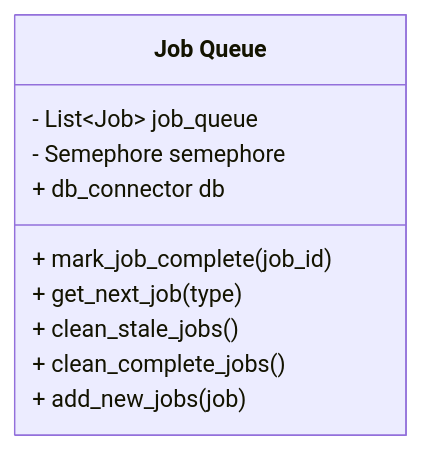
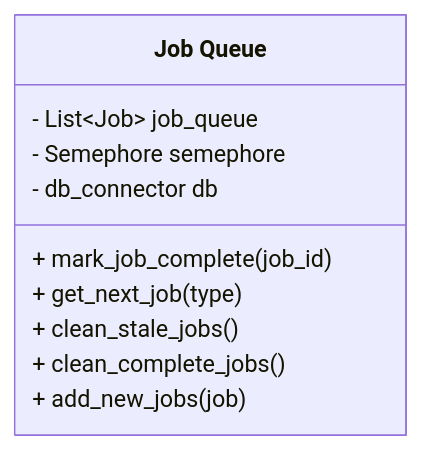
One commit to Uiowa-Applied-Topology/web_API changed the first of 6 diagrams in docs/unit_description/internal/job_queue.md. Above: the diagram before and after it, drawn with Mermaid. The commit also changed 13 other files, not shown here.

````diff
--- a/docs/unit_description/internal/job_queue.md
+++ b/docs/unit_description/internal/job_queue.md
@@ -11,15 +11,15 @@
 ```mermaid
 
 classDiagram
 
     class jq["Job Queue"]{
         - List~Job~ job_queue
         - Semephore semephore
-        + db_connector db
+        - db_connector db
         + mark_job_complete(job_id)
         + get_next_job(type)
         + clean_stale_jobs()
         + clean_complete_jobs()
         + add_new_jobs(job)
     }
 ```
````
